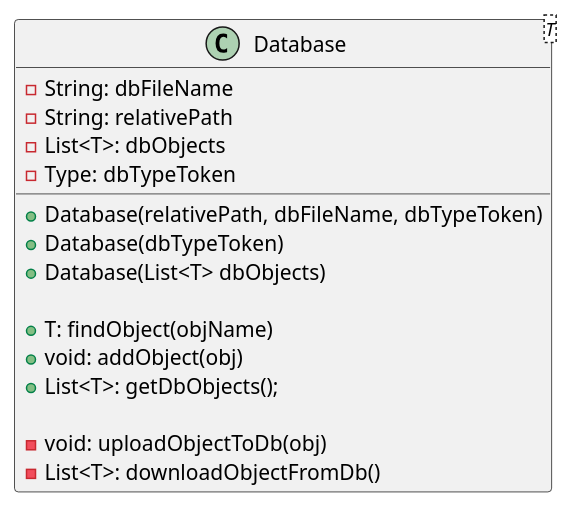
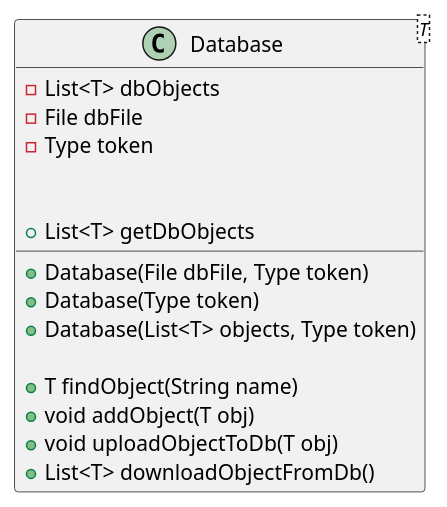
The diagram in src/main/resources/ex44/ClassDiagrams/Database.puml (mplekunov/Assignment_3), drawn with PlantUML before and after one commit. The commit also changed 155 other files, not shown here.

```diff
--- a/src/main/resources/ex44/ClassDiagrams/Database.puml
+++ b/src/main/resources/ex44/ClassDiagrams/Database.puml
@@ -1,22 +1,19 @@
 @startuml
 'https://plantuml.com/class-diagram
 
 class Database<T> {
-    -String: dbFileName
-    -String: relativePath
-    -List<T>: dbObjects
-    -Type: dbTypeToken
+    -List<T> dbObjects
+    -File dbFile
+    -Type token
 
-    +Database(relativePath, dbFileName, dbTypeToken)
-    +Database(dbTypeToken)
-    +Database(List<T> dbObjects)
+    +Database(File dbFile, Type token)
+    +Database(Type token)
+    +Database(List<T> objects, Type token)
 
-    +T: findObject(objName)
-    +void: addObject(obj)
-    +List<T>: getDbObjects();
-
-    -void: uploadObjectToDb(obj)
-    -List<T>: downloadObjectFromDb()
+    +T findObject(String name)
+    +void addObject(T obj)
+    +void uploadObjectToDb(T obj)
+    +List<T> downloadObjectFromDb()
+    +List<T> getDbObjects
 }
-
 @enduml
```
